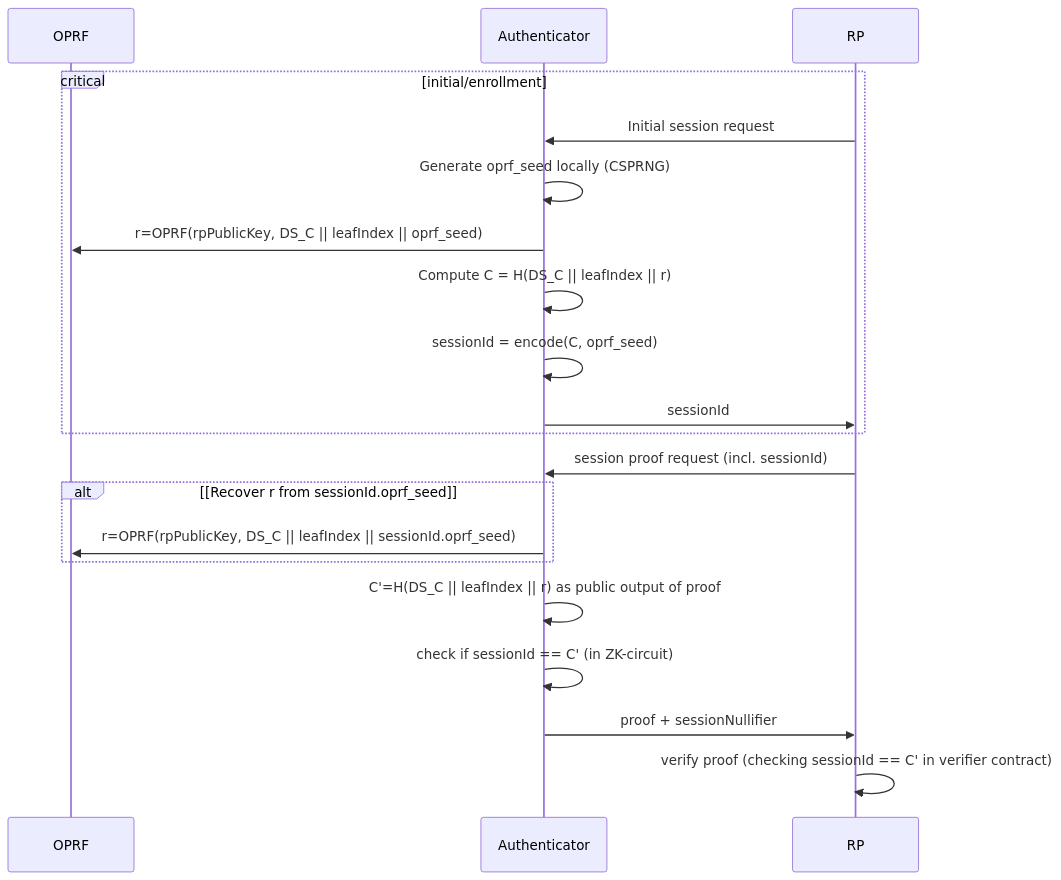
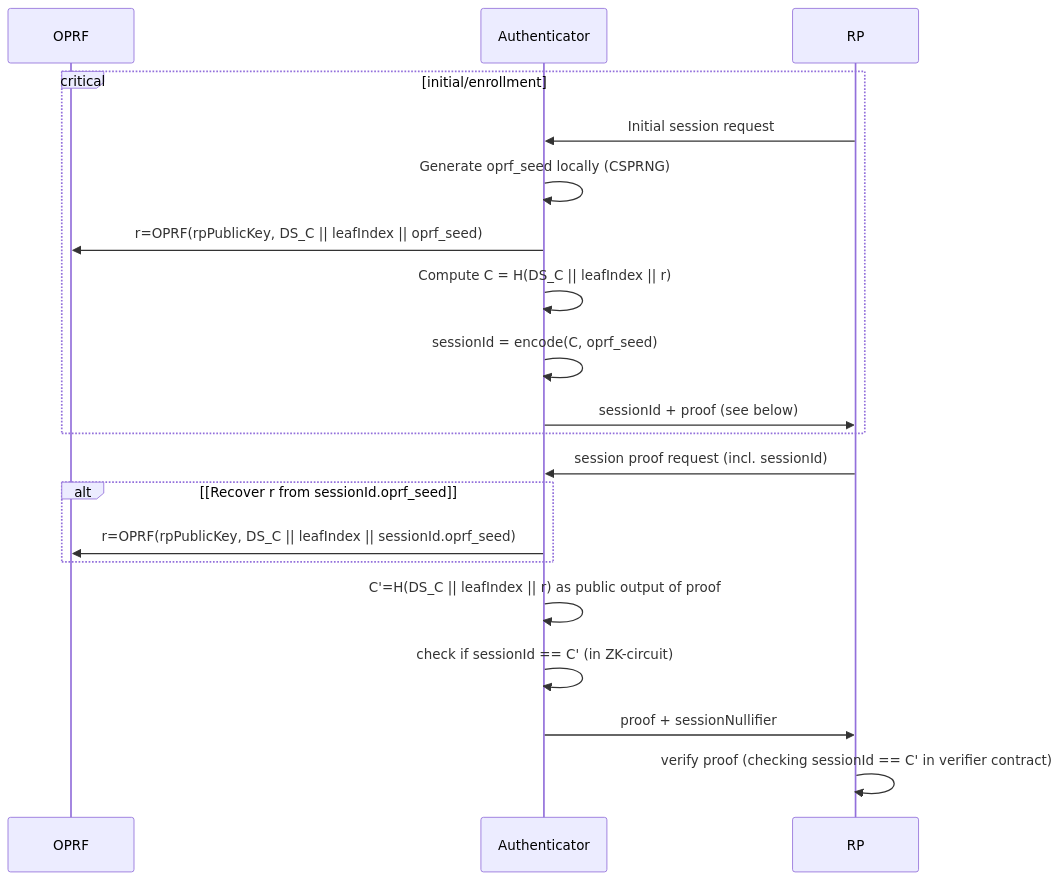
Before and after one commit to worldcoin/world-id-protocol: the second of 3 diagrams in docs/world-id-4-specs/README.md, drawn with Mermaid. The commit also changed other lines of this file and 12 other files, not shown here.

Commit message:
refactor!: collapse create_session proof type into session x create (#866)

````diff
--- a/docs/world-id-4-specs/README.md
+++ b/docs/world-id-4-specs/README.md
@@ -249,25 +248,25 @@
 ```mermaid
 sequenceDiagram
 participant o as OPRF
 participant a as Authenticator
 participant rp as RP
 
 critical initial/enrollment
 rp ->> a: Initial session request
 a->>a: Generate oprf_seed locally (CSPRNG)
 a->>o: r=OPRF(rpPublicKey, DS_C || leafIndex || oprf_seed)
 a->>a: Compute C = H(DS_C || leafIndex || r)
 a->>a: sessionId = encode(C, oprf_seed)
-a ->> rp: sessionId
+a ->> rp: sessionId + proof (see below)
 end
 
 rp->>a: session proof request (incl. sessionId)
 
 alt [Recover r from sessionId.oprf_seed]
 a->>o: r=OPRF(rpPublicKey, DS_C || leafIndex || sessionId.oprf_seed)
 end
 a->>a: C'=H(DS_C || leafIndex || r) as public output of proof
 a->>a: check if sessionId == C' (in ZK-circuit)
 a->>rp: proof + sessionNullifier
 rp->>rp: verify proof (checking sessionId == C' in verifier contract)
 ```
````
